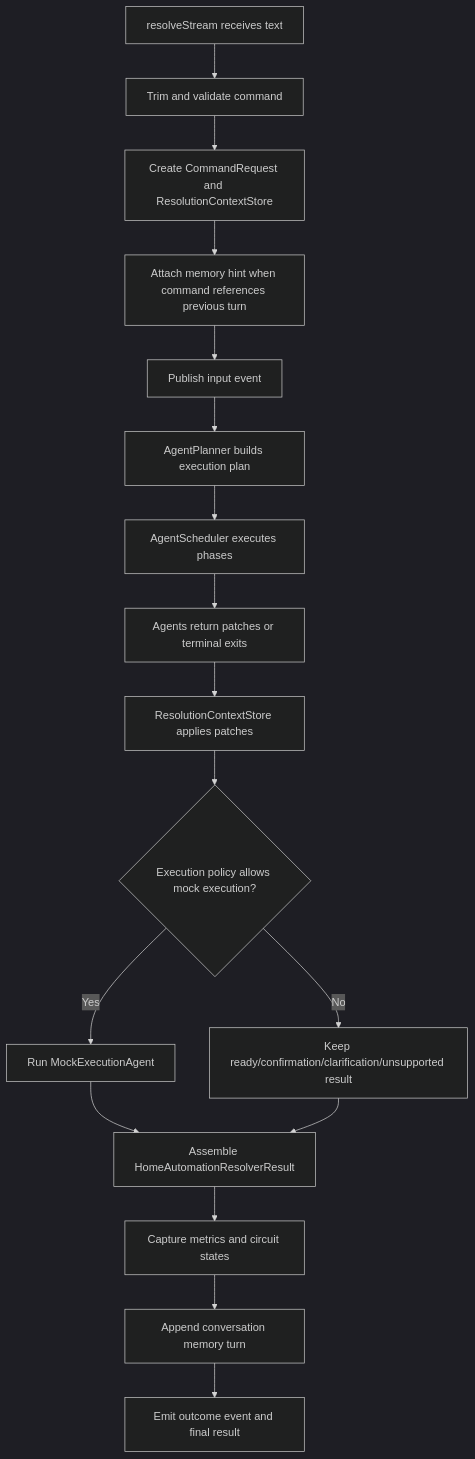
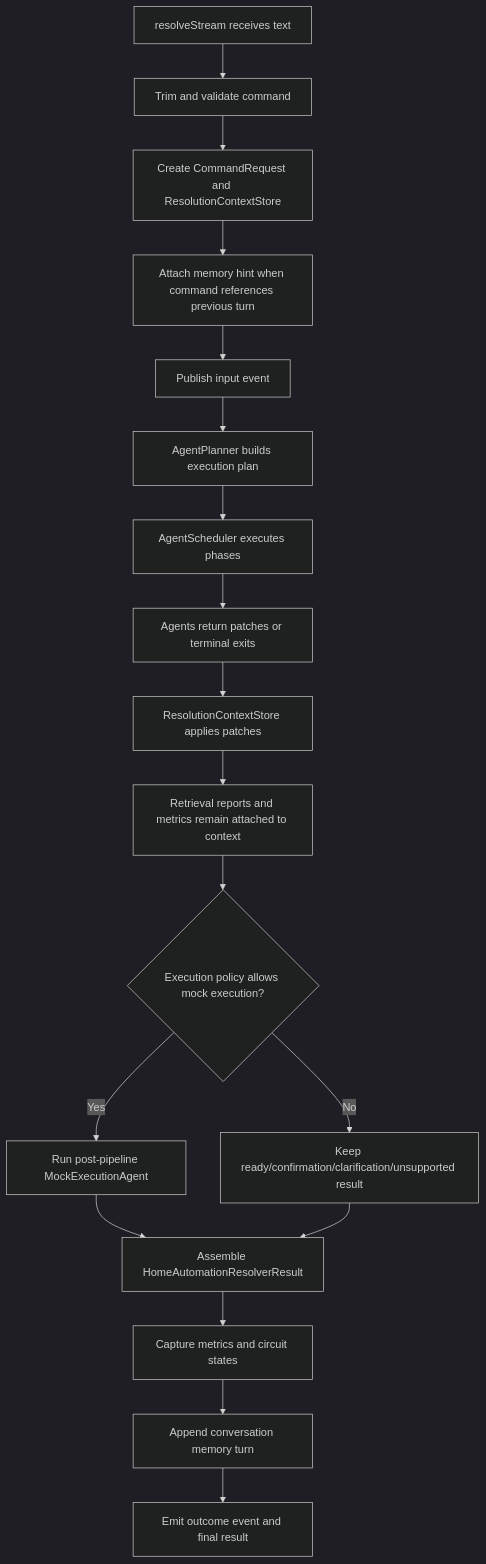
The second of 3 diagrams in HomeAutomationCore/Sources/HomeAutomationOrchestrator/README.md (ksypinro/HomeAutomation), drawn with Mermaid (dark theme) before and after one commit. The commit also changed other lines of this file and 40 other files, not shown here.

````diff
--- a/HomeAutomationCore/Sources/HomeAutomationOrchestrator/README.md
+++ b/HomeAutomationCore/Sources/HomeAutomationOrchestrator/README.md
@@ -47,19 +47,20 @@
 ```mermaid
 flowchart TD
     A["resolveStream receives text"] --> B["Trim and validate command"]
     B --> C["Create CommandRequest and ResolutionContextStore"]
     C --> D["Attach memory hint when command references previous turn"]
     D --> E["Publish input event"]
     E --> F["AgentPlanner builds execution plan"]
     F --> G["AgentScheduler executes phases"]
     G --> H["Agents return patches or terminal exits"]
     H --> I["ResolutionContextStore applies patches"]
-    I --> J{"Execution policy allows mock execution?"}
-    J -->|Yes| K["Run MockExecutionAgent"]
-    J -->|No| L["Keep ready/confirmation/clarification/unsupported result"]
-    K --> M["Assemble HomeAutomationResolverResult"]
-    L --> M
-    M --> N["Capture metrics and circuit states"]
-    N --> O["Append conversation memory turn"]
-    O --> P["Emit outcome event and final result"]
+    I --> J["Retrieval reports and metrics remain attached to context"]
+    J --> K{"Execution policy allows mock execution?"}
+    K -->|Yes| L["Run post-pipeline MockExecutionAgent"]
+    K -->|No| M["Keep ready/confirmation/clarification/unsupported result"]
+    L --> N["Assemble HomeAutomationResolverResult"]
+    M --> N
+    N --> O["Capture metrics and circuit states"]
+    O --> P["Append conversation memory turn"]
+    P --> Q["Emit outcome event and final result"]
 ```
````
